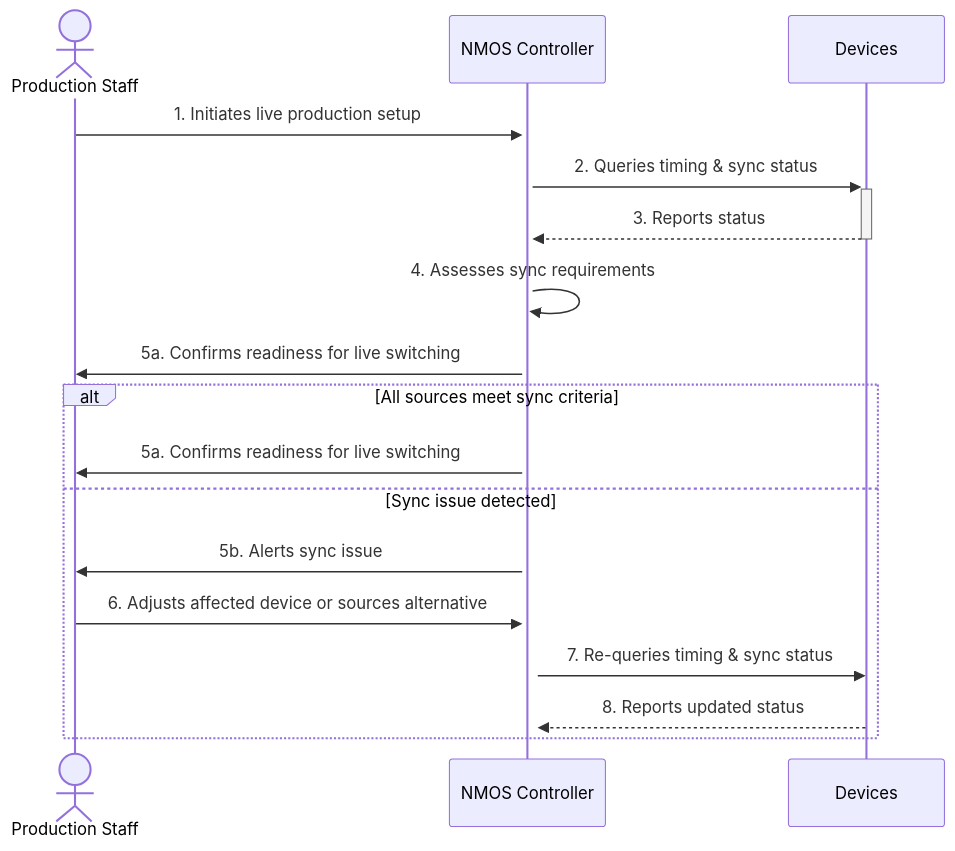
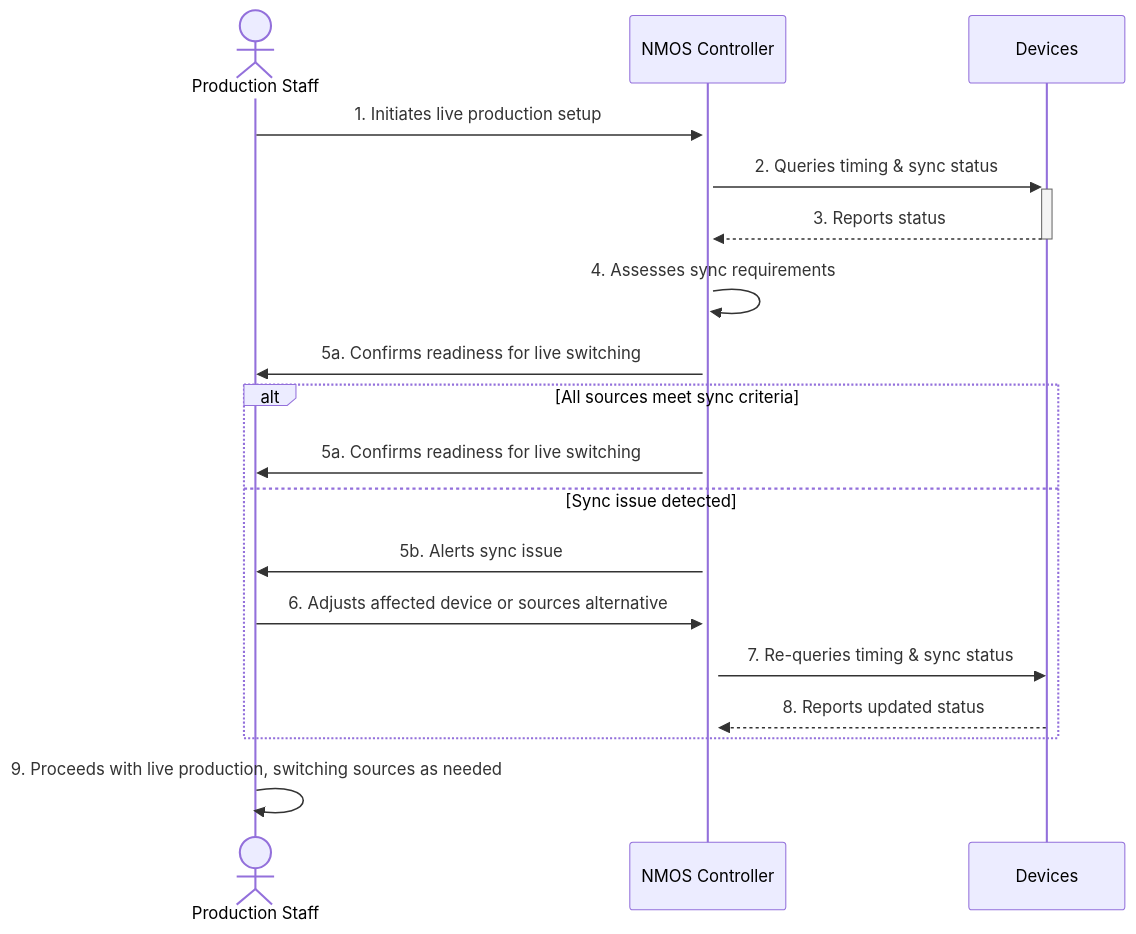
Before and after one commit to rbgodwin-nt/amwa-requirements-tracking: the diagram in IPMX/ProductionWorkflowEnhancement/Synchronization/UseCases/LiveProductionSwitching.md, drawn with Mermaid.

````diff
--- a/IPMX/ProductionWorkflowEnhancement/Synchronization/UseCases/LiveProductionSwitching.md
+++ b/IPMX/ProductionWorkflowEnhancement/Synchronization/UseCases/LiveProductionSwitching.md
@@ -58,20 +58,21 @@
 ```mermaid
 sequenceDiagram
     actor PS as Production Staff
     participant NC as NMOS Controller
     participant DS as Devices
  
     PS->>+NC: 1. Initiates live production setup
     NC->>+DS: 2. Queries timing & sync status
     DS-->>-NC: 3. Reports status
     NC->>NC: 4. Assesses sync requirements
     NC->>PS: 5a. Confirms readiness for live switching
     alt All sources meet sync criteria
         NC->>PS: 5a. Confirms readiness for live switching
     else Sync issue detected
         NC->>PS: 5b. Alerts sync issue
         PS->>+NC: 6. Adjusts affected device or sources alternative
         NC->>DS: 7. Re-queries timing & sync status
      DS-->>NC: 8. Reports updated status
     end
+   PS->>PS: 9. Proceeds with live production, switching sources as needed
 ```
````
